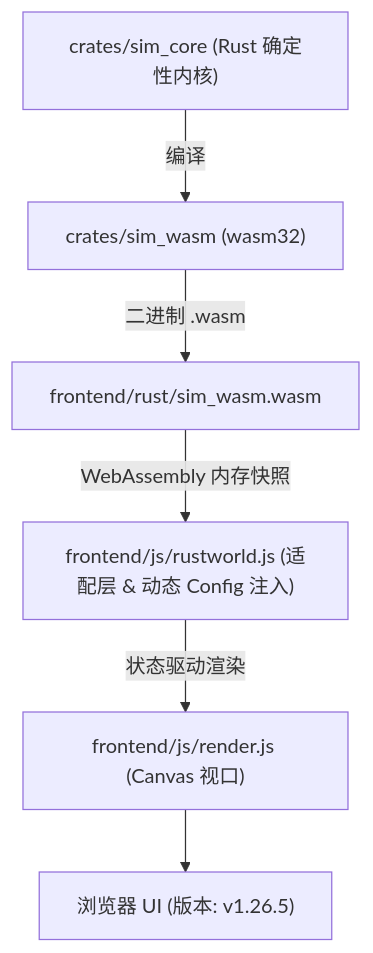
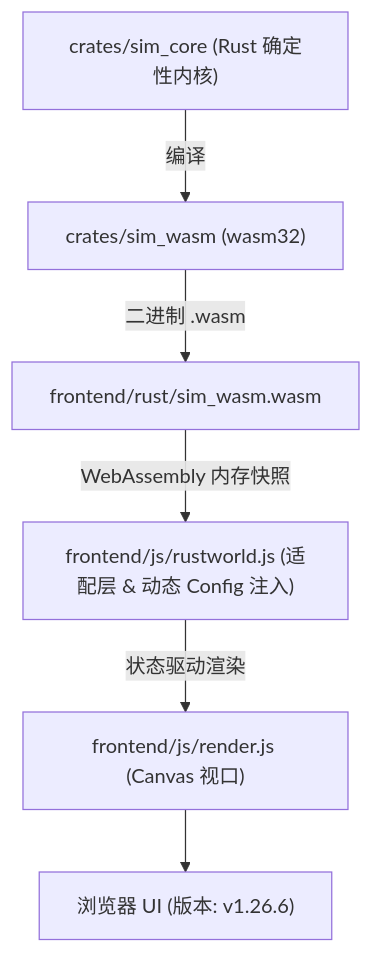
Before and after one commit to g39088902/FlowAndAccord: the diagram in AGENTS.md, drawn with Mermaid. The commit also changed other lines of this file and 13 other files, not shown here.

Commit message:
feat: add upgrade house auction flow

````diff
--- a/AGENTS.md
+++ b/AGENTS.md
@@ -51,8 +51,8 @@
 ```mermaid
 graph TD
     A["crates/sim_core (Rust 确定性内核)"] -->|编译| B["crates/sim_wasm (wasm32)"]
     B -->|二进制 .wasm| C["frontend/rust/sim_wasm.wasm"]
     C -->|WebAssembly 内存快照| D["frontend/js/rustworld.js (适配层 & 动态 Config 注入)"]
     D -->|状态驱动渲染| E["frontend/js/render.js (Canvas 视口)"]
-    E --> F["浏览器 UI (版本: v1.26.5)"]
+    E --> F["浏览器 UI (版本: v1.26.6)"]
 ```
````
